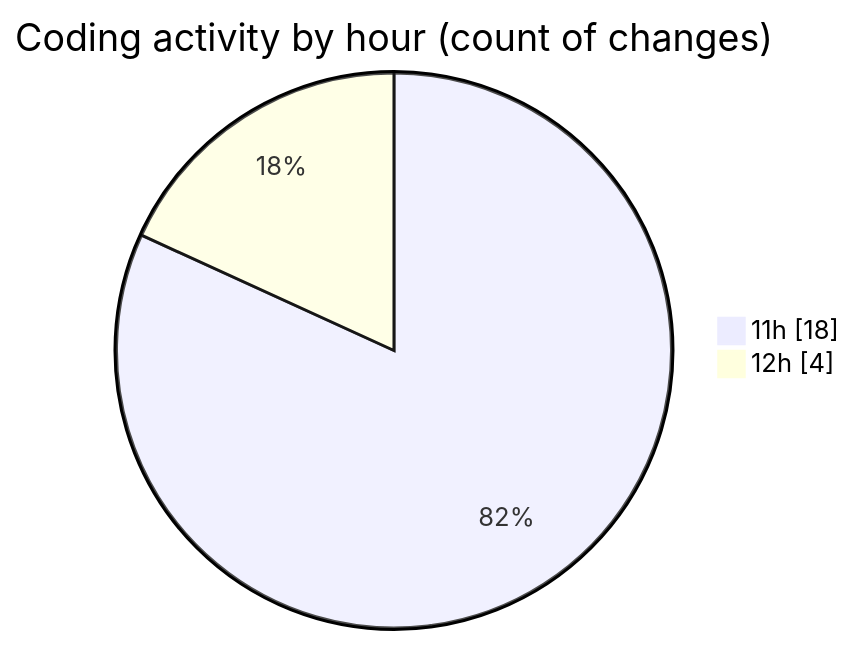
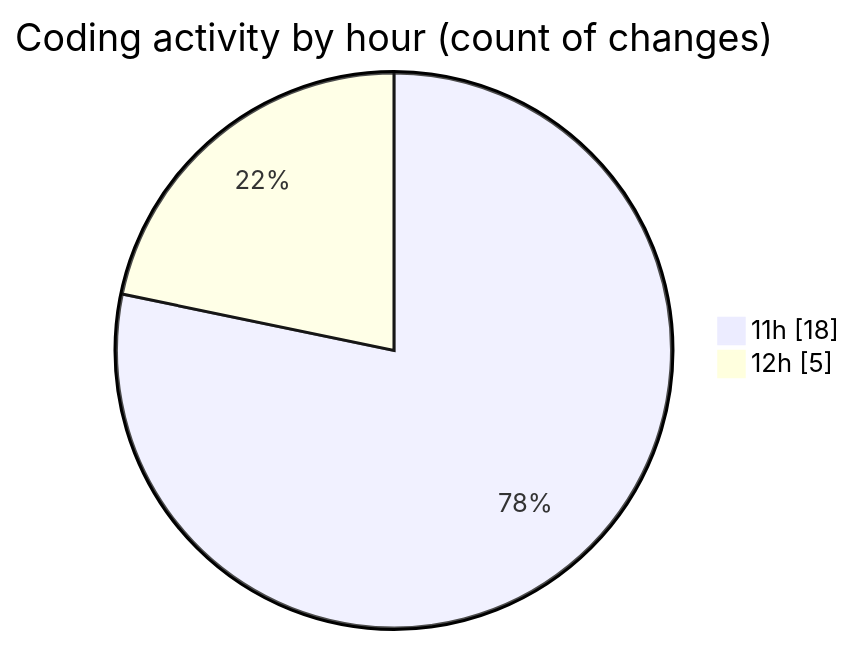
The second of 2 diagrams in 2025-05-03/nxtqube_webapp/README.md (nxtqubesakshisongat/code-tracking), drawn with Mermaid before and after one commit. The commit also changed other lines of this file and 1 other file, not shown here.

````diff
--- a/2025-05-03/nxtqube_webapp/README.md
+++ b/2025-05-03/nxtqube_webapp/README.md
@@ -32,6 +32,6 @@
 ```mermaid
 pie showData
 title Coding activity by hour (count of changes)
 "11h" : 18
-"12h" : 4
+"12h" : 5
 ```
````
